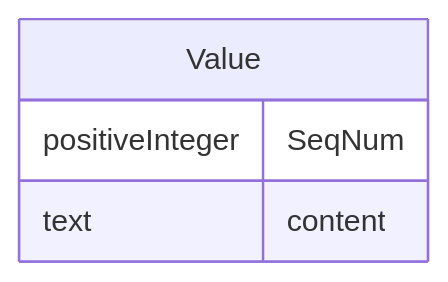
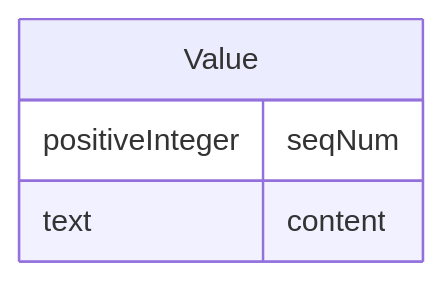
One commit to cdisc-org/DataExchange-ODM-LinkML changed the diagram in docs/Value.md. Above: the diagram before and after it, drawn with Mermaid. The commit also changed other lines of this file and 759 other files, not shown here.

````diff
--- a/docs/Value.md
+++ b/docs/Value.md
@@ -11,10 +11,10 @@
 ```mermaid
 erDiagram
 Value {
-    positiveInteger SeqNum  
+    positiveInteger seqNum  
     text content  
 }
 
 
 
 ```
````
